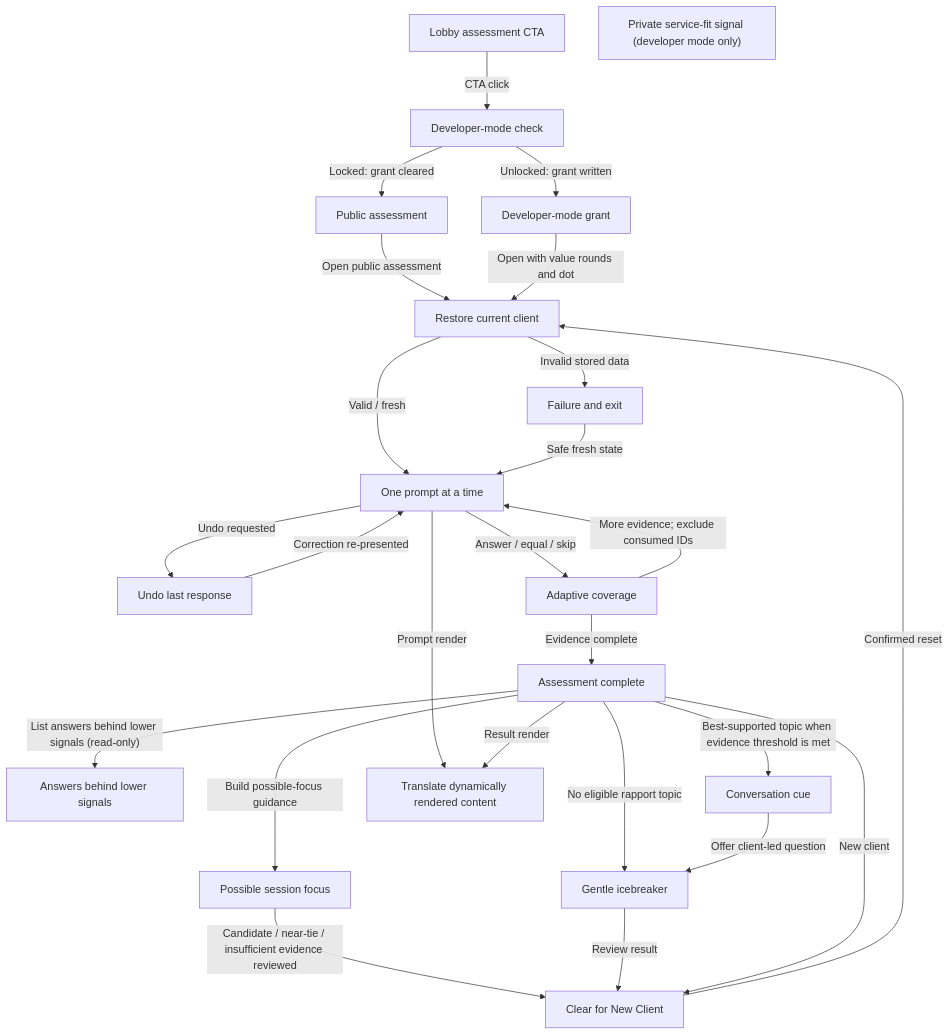
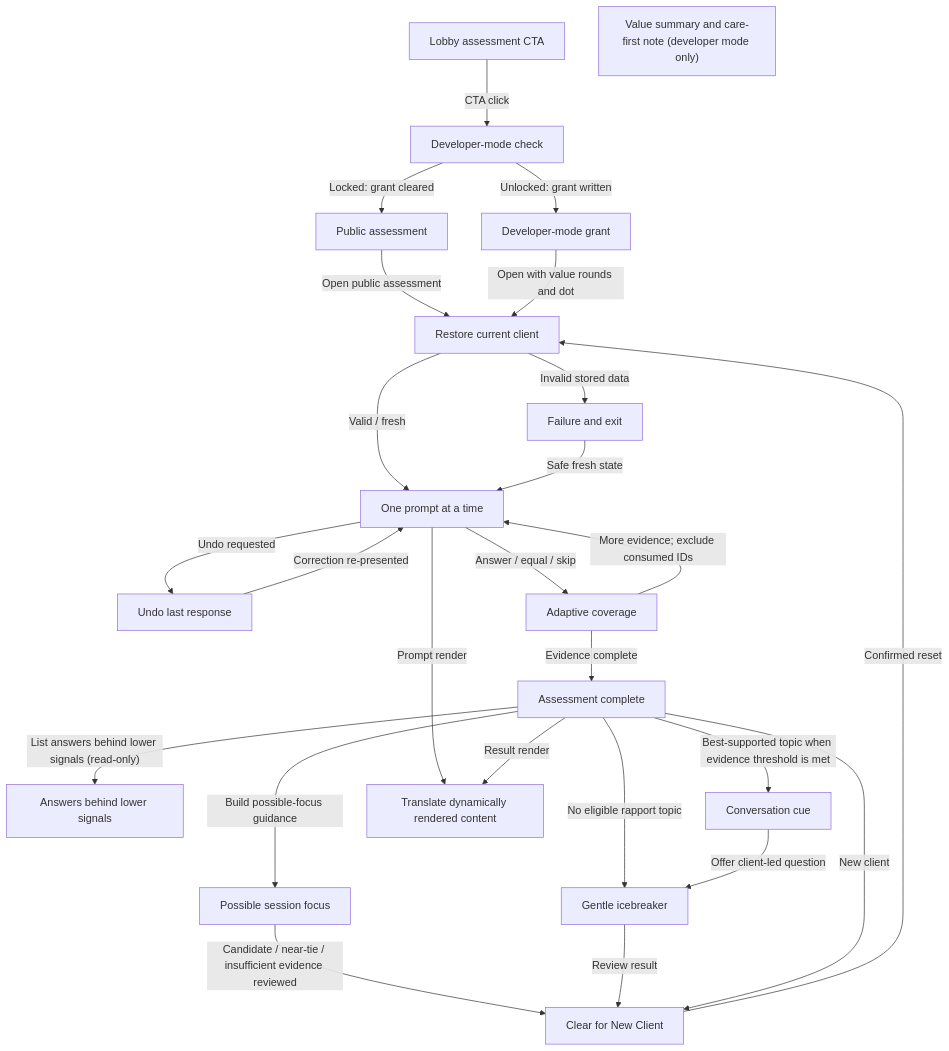
Diagram 53 of 55 in docs/app-map/FLOW-REFERENCE.md (missionode/lite), drawn with Mermaid before and after one commit. The commit also changed other lines of this file and 22 other files, not shown here.

First line of the commit message:
fix(assessment): neutral value rounds, no hidden weights, care-first flag replaces the dot

````diff
--- a/docs/app-map/FLOW-REFERENCE.md
+++ b/docs/app-map/FLOW-REFERENCE.md
@@ -2453,44 +2453,44 @@
 ```mermaid
 flowchart TD
   entry["Lobby assessment CTA"]
   gate["Developer-mode check"]
   locked["Public assessment"]
   handoff["Developer-mode grant"]
   restore["Restore current client"]
   interview["One prompt at a time"]
   undo["Undo last response"]
   coverage["Adaptive coverage"]
   result["Assessment complete"]
   focus["Possible session focus"]
   review["Answers behind lower signals"]
   rapport["Conversation cue"]
   icebreaker["Gentle icebreaker"]
-  dot["Private service-fit signal (developer mode only)"]
+  dot["Value summary and care-first note (developer mode only)"]
   clear["Clear for New Client"]
   translate["Translate dynamically rendered content"]
   failure["Failure and exit"]
   entry -->|"CTA click"| gate
   gate -->|"Unlocked: grant written"| handoff
   gate -->|"Locked: grant cleared"| locked
   locked -->|"Open public assessment"| restore
   handoff -->|"Open with value rounds and dot"| restore
   restore -->|"Valid / fresh"| interview
   interview -->|"Answer / equal / skip"| coverage
   interview -->|"Undo requested"| undo
   undo -->|"Correction re-presented"| interview
   coverage -->|"More evidence; exclude consumed IDs"| interview
   coverage -->|"Evidence complete"| result
   result -->|"Build possible-focus guidance"| focus
   result -->|"List answers behind lower signals (read-only)"| review
   focus -->|"Candidate / near-tie / insufficient evidence reviewed"| clear
   result -->|"Best-supported topic when evidence threshold is met"| rapport
   result -->|"No eligible rapport topic"| icebreaker
   rapport -->|"Offer client-led question"| icebreaker
   icebreaker -->|"Review result"| clear
   result -->|"New client"| clear
   clear -->|"Confirmed reset"| restore
   interview -->|"Prompt render"| translate
   result -->|"Result render"| translate
   restore -->|"Invalid stored data"| failure
   failure -->|"Safe fresh state"| interview
 ```
````
